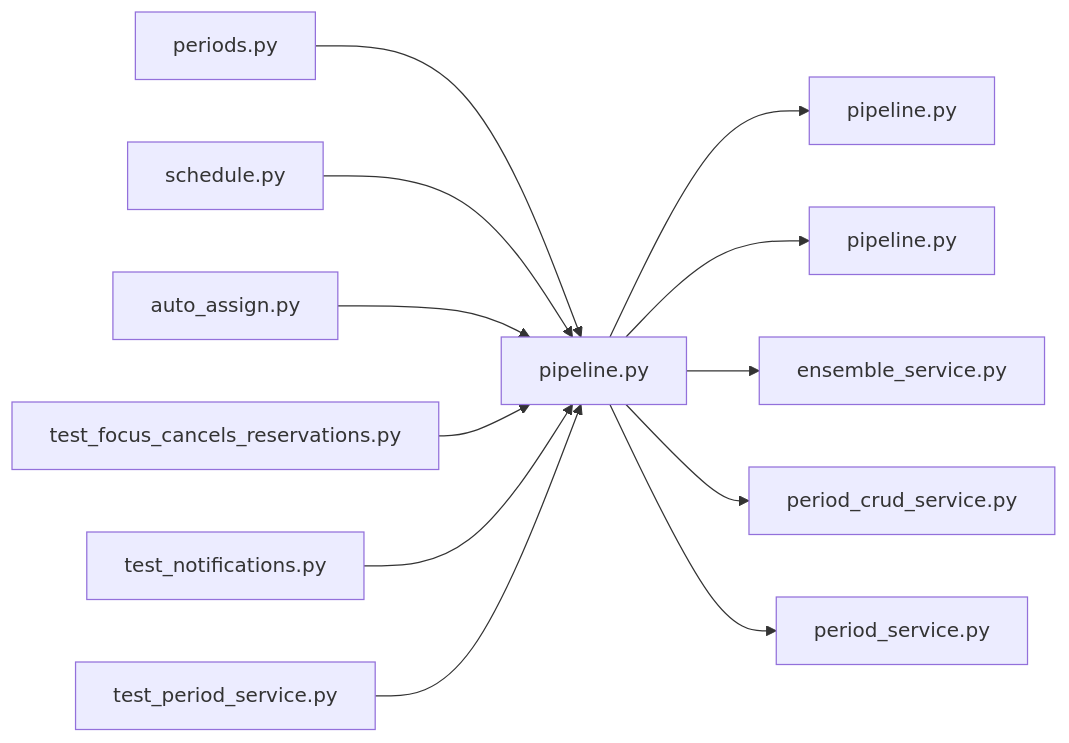
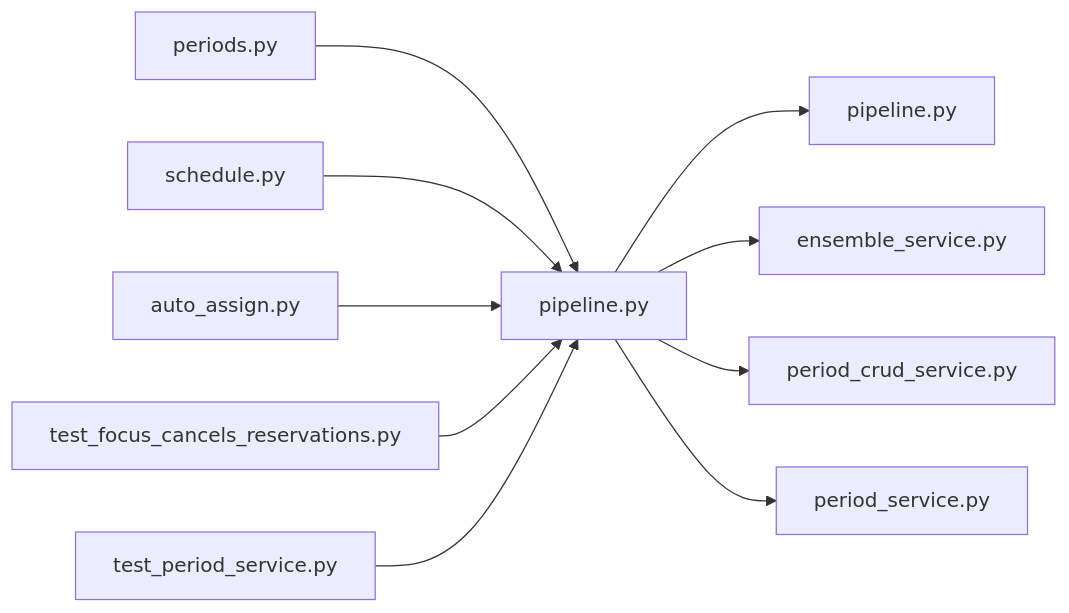
The diagram in .cluedoc/graph/backend/src/backend/services/period/pipeline.md (minkong-dev/Banblit), drawn with Mermaid before and after one commit. The commit also changed other lines of this file and 40 other files, not shown here.

````diff
--- a/.cluedoc/graph/backend/src/backend/services/period/pipeline.md
+++ b/.cluedoc/graph/backend/src/backend/services/period/pipeline.md
@@ -10,15 +10,13 @@
 ```mermaid
 flowchart LR
   backend_src_backend_services_period_pipeline["pipeline.py"]
   backend_src_backend_services_period_pipeline --> backend_src_backend_db_pipeline["pipeline.py"]
-  backend_src_backend_services_period_pipeline --> backend_src_backend_services_notification_pipeline["pipeline.py"]
   backend_src_backend_services_period_pipeline --> backend_src_backend_services_period_ensemble_service["ensemble_service.py"]
   backend_src_backend_services_period_pipeline --> backend_src_backend_services_period_period_crud_service["period_crud_service.py"]
   backend_src_backend_services_period_pipeline --> backend_src_backend_services_period_period_service["period_service.py"]
   backend_src_backend_api_routers_periods["periods.py"] --> backend_src_backend_services_period_pipeline
   backend_src_backend_api_routers_schedule["schedule.py"] --> backend_src_backend_services_period_pipeline
   backend_src_backend_jobs_auto_assign["auto_assign.py"] --> backend_src_backend_services_period_pipeline
   backend_tests_integration_db_test_focus_cancels_reservations["test_focus_cancels_reservations.py"] --> backend_src_backend_services_period_pipeline
-  backend_tests_integration_db_test_notifications["test_notifications.py"] --> backend_src_backend_services_period_pipeline
   backend_tests_integration_db_test_period_service["test_period_service.py"] --> backend_src_backend_services_period_pipeline
 ```
````
